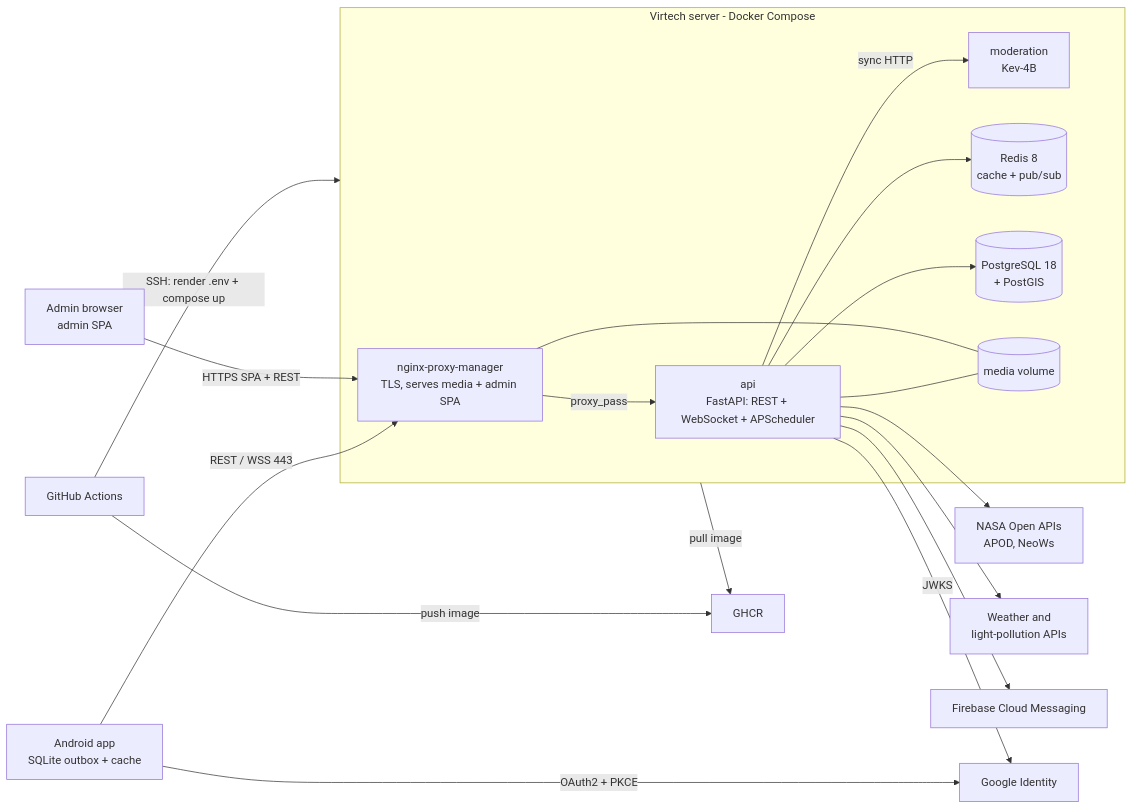
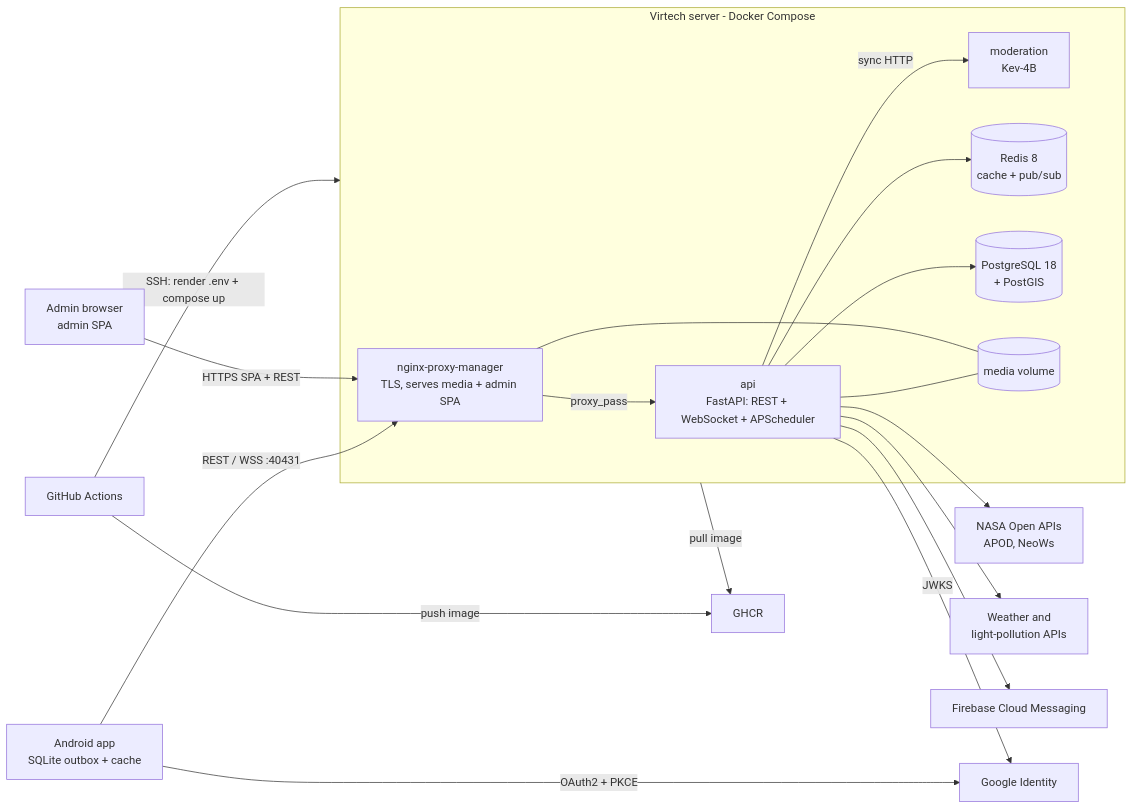
The diagram in obsidian_vault/arquitectura/visio-general.md (pes2627q1-21-gei-upc/perseida), drawn with Mermaid before and after one commit. The commit also changed other lines of this file and 4 other files, not shown here.

````diff
--- a/obsidian_vault/arquitectura/visio-general.md
+++ b/obsidian_vault/arquitectura/visio-general.md
@@ -32,27 +32,27 @@
 ```mermaid
 flowchart LR
-    PHONE[Android app<br/>SQLite outbox + cache] -- REST / WSS 443 --> NPM
+    PHONE[Android app<br/>SQLite outbox + cache] -- REST / WSS :40431 --> NPM
     ADMIN[Admin browser<br/>admin SPA] -- HTTPS SPA + REST --> NPM
     subgraph VIRTECH[Virtech server - Docker Compose]
         NPM[nginx-proxy-manager<br/>TLS, serves media + admin SPA]
         API[api<br/>FastAPI: REST + WebSocket + APScheduler]
         MOD[moderation<br/>Kev-4B]
         REDIS[(Redis 8<br/>cache + pub/sub)]
         PG[(PostgreSQL 18<br/>+ PostGIS)]
         VOL[(media volume)]
         NPM -- proxy_pass --> API
         API -- sync HTTP --> MOD
         API --> REDIS
         API --> PG
         API --- VOL
         NPM --- VOL
     end
     API --> NASA[NASA Open APIs<br/>APOD, NeoWs]
     API --> OTHER[Weather and<br/>light-pollution APIs]
     API --> FCM[Firebase Cloud Messaging]
     PHONE -- OAuth2 + PKCE --> GOOGLE[Google Identity]
     API -- JWKS --> GOOGLE
     GHA[GitHub Actions] -- push image --> GHCR[GHCR]
     GHA -- SSH: render .env + compose up --> VIRTECH
     VIRTECH -- pull image --> GHCR
 ```
````
